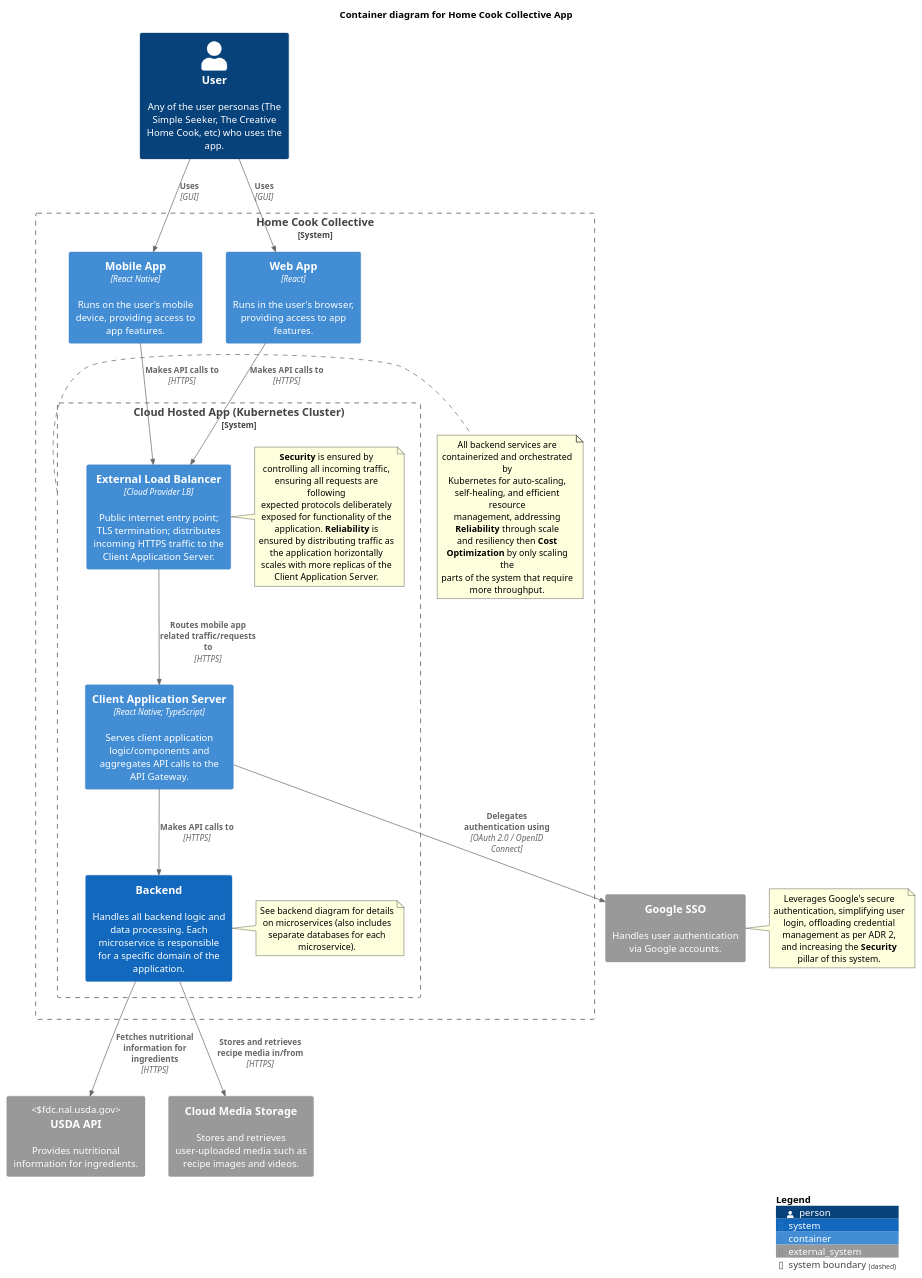
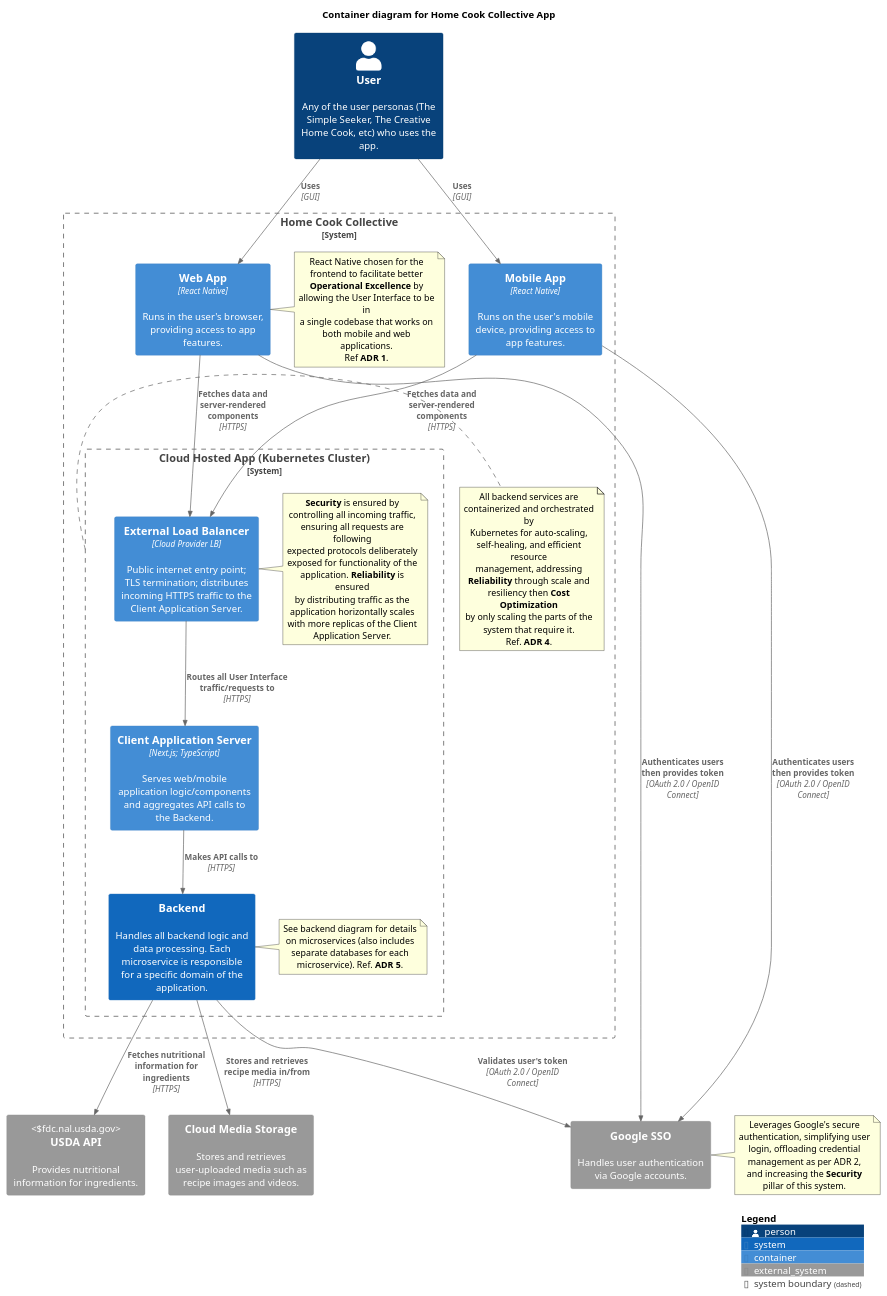
Before and after one commit to darius-despain/SE577-SoftwareArchitecture: the diagram in diagrams/src/hcc-container.puml, drawn with PlantUML. The commit also changed 2 other files, not shown here.

Commit message:
finished diagrams

```diff
--- a/diagrams/src/hcc-container.puml
+++ b/diagrams/src/hcc-container.puml
@@ -1,72 +1,91 @@
 @startuml "Home-Cook-Collective-Container"
 !include ../C4_Container.puml
 
 title Container diagram for Home Cook Collective App
 
 Person(user, "User", "Any of the user personas (The Simple Seeker, The Creative Home Cook, etc) who uses the app.")
 
 System_Ext(usda_api, "USDA API","Provides nutritional information for ingredients.", "fdc.nal.usda.gov")
 System_Ext(google_sso_ext, "Google SSO", "Handles user authentication via Google accounts.")
 note right of google_sso_ext
     Leverages Google's secure
     authentication, simplifying user
     login, offloading credential
     management as per ADR 2,
     and increasing the **Security**
     pillar of this system.
 end note
 System_Ext(media_storage_ext, "Cloud Media Storage", "Stores and retrieves user-uploaded media such as recipe images and videos.")
 
 System_Boundary(hcc_system, "Home Cook Collective") {
     Container(mobile_app_client, "Mobile App", "React Native", "Runs on the user's mobile device, providing access to app features.")
-    Container(web_app_client, "Web App", "React", "Runs in the user's browser, providing access to app features.")
+    Container(web_app_client, "Web App", "React Native", "Runs in the user's browser, providing access to app features.")
+    note right
+        React Native chosen for the
+        frontend to facilitate better
+        **Operational Excellence** by
+        allowing the User Interface to be in
+        a single codebase that works on
+        both mobile and web applications.
+        Ref **ADR 1**.
+    end note
 
     System_Boundary(hcc_k8s_cluster, "Cloud Hosted App (Kubernetes Cluster)") {
 
         Container(external_lb, "External Load Balancer", "Cloud Provider LB", "Public internet entry point; TLS termination; distributes incoming HTTPS traffic to the Client Application Server.")
         note right of external_lb
             **Security** is ensured by
             controlling all incoming traffic,
             ensuring all requests are following
             expected protocols deliberately
             exposed for functionality of the
-            application. **Reliability** is ensured by distributing traffic as the application horizontally scales with more replicas of the Client Application Server.
+            application. **Reliability** is ensured
+            by distributing traffic as the
+            application horizontally scales
+            with more replicas of the Client
+            Application Server.
         end note
 
-        Container(web_server, "Client Application Server", "React Native; TypeScript", "Serves client application logic/components and aggregates API calls to the API Gateway.")
+        Container(web_server, "Client Application Server", "Next.js; TypeScript", "Serves web/mobile application logic/components and aggregates API calls to the Backend.")
 
         System(backend, "Backend", "Handles all backend logic and data processing. Each microservice is responsible for a specific domain of the application.")
         note right of backend
-            See backend diagram for details on microservices (also includes separate databases for each microservice).
+            See backend diagram for details
+            on microservices (also includes
+            separate databases for each
+            microservice). Ref. **ADR 5**.
         end note
     }
     note right of hcc_k8s_cluster
         All backend services are
         containerized and orchestrated by
         Kubernetes for auto-scaling,
         self-healing, and efficient resource
         management, addressing
-        **Reliability** through scale
-        and resiliency then **Cost**
-        **Optimization** by only scaling the
-        parts of the system that require
-        more throughput.
+        **Reliability** through scale and
+        resiliency then **Cost** **Optimization**
+        by only scaling the parts of the
+        system that require it.
+        Ref. **ADR 4**.
     end note
 }
 
 Rel(user, mobile_app_client, "Uses", "GUI")
 Rel(user, web_app_client, "Uses", "GUI")
 
-Rel(mobile_app_client, external_lb, "Makes API calls to", "HTTPS")
-Rel(web_app_client, external_lb, "Makes API calls to", "HTTPS")
+Rel(mobile_app_client, external_lb, "Fetches data and server-rendered components", "HTTPS")
+Rel(web_app_client, external_lb, "Fetches data and server-rendered components", "HTTPS")
 
-Rel(external_lb, web_server, "Routes mobile app related traffic/requests to", "HTTPS")
+Rel(external_lb, web_server, "Routes all User Interface traffic/requests to", "HTTPS")
 
 Rel(web_server, backend, "Makes API calls to", "HTTPS")
-Rel(web_server, google_sso_ext, "Delegates authentication using", "OAuth 2.0 / OpenID Connect")
 
 Rel(backend, usda_api, "Fetches nutritional information for ingredients", "HTTPS")
 Rel(backend, media_storage_ext, "Stores and retrieves recipe media in/from", "HTTPS")
 
+Rel(mobile_app_client, google_sso_ext, "Authenticates users then provides token", "OAuth 2.0 / OpenID Connect")
+Rel(web_app_client, google_sso_ext, "Authenticates users then provides token", "OAuth 2.0 / OpenID Connect")
+Rel(backend, google_sso_ext, "Validates user's token", "OAuth 2.0 / OpenID Connect")
+
 SHOW_LEGEND()
 @enduml
```
